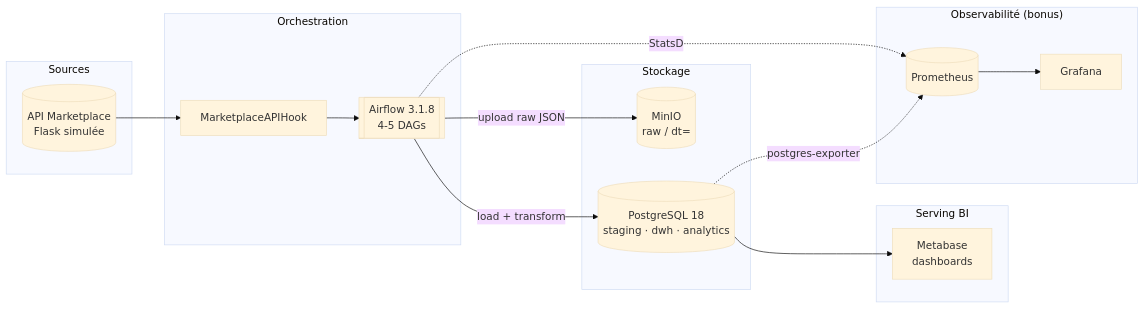
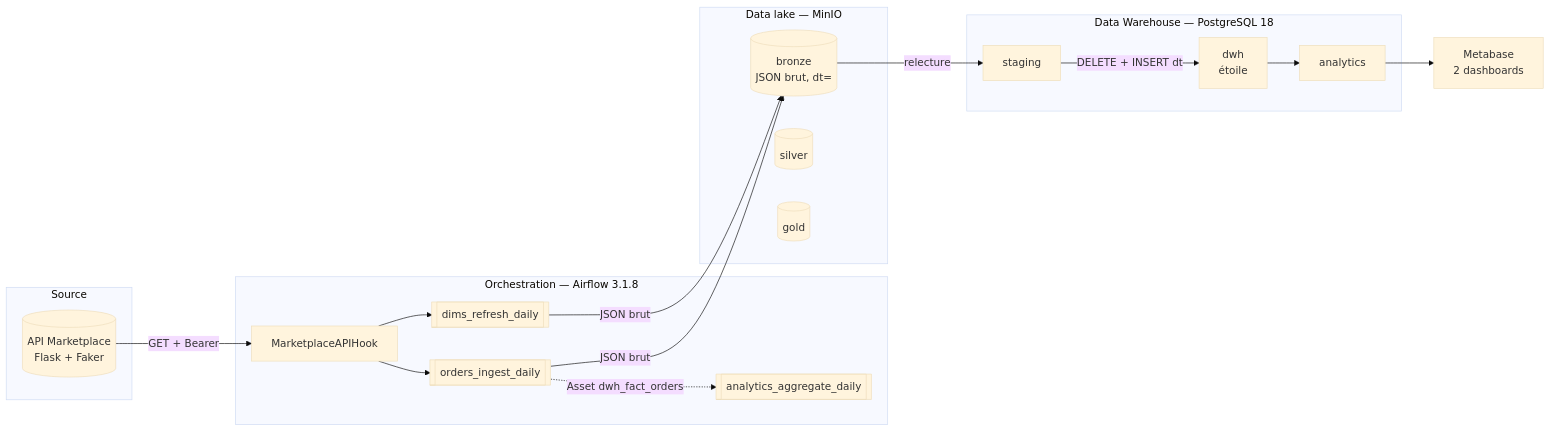
Before and after one commit to Nassim-Bzr/MarketPlace_Analytics: the first of 4 diagrams in README.md, drawn with Mermaid (base theme). The commit also changed other lines of this file and 26 other files, not shown here.

Commit message:
feat: MVP pipeline ELT + DWH + dashboards Metabase

````diff
--- a/README.md
+++ b/README.md
@@ -102,33 +60,36 @@
 ```mermaid
 flowchart LR
-    subgraph SRC["Sources"]
-        API[("API Marketplace<br/>Flask simulée")]
+    subgraph SRC["Source"]
+        API[("API Marketplace<br/>Flask + Faker")]
     end
 
-    subgraph ORCH["Orchestration"]
+    subgraph ORCH["Orchestration — Airflow 3.1.8"]
         HOOK["MarketplaceAPIHook"]
-        AF[["Airflow 3.1.8<br/>4-5 DAGs"]]
+        D1[["orders_ingest_daily"]]
+        D0[["dims_refresh_daily"]]
+        D2[["analytics_aggregate_daily"]]
     end
 
-    subgraph STORE["Stockage"]
-        MINIO[("MinIO<br/>raw / dt=")]
-        PG[("PostgreSQL 18<br/>staging · dwh · analytics")]
+    subgraph LAKE["Data lake — MinIO"]
+        BRONZE[("bronze<br/>JSON brut, dt=")]
+        SILVER[("silver")]
+        GOLD[("gold")]
     end
 
-    subgraph SERV["Serving BI"]
-        MB["Metabase<br/>dashboards"]
+    subgraph DWH["Data Warehouse — PostgreSQL 18"]
+        STG["staging"]
+        STAR["dwh<br/>étoile"]
+        ANA["analytics"]
     end
 
-    subgraph OBS["Observabilité (bonus)"]
-        PROM[("Prometheus")]
-        GRAF["Grafana"]
-    end
+    MB["Metabase<br/>2 dashboards"]
 
-    API --> HOOK --> AF
-    AF -- "upload raw JSON" --> MINIO
-    AF -- "load + transform" --> PG
-    PG --> MB
-    AF -. "StatsD" .-> PROM
-    PG -. "postgres-exporter" .-> PROM
-    PROM --> GRAF
+    API -- "GET + Bearer" --> HOOK
+    HOOK --> D0 & D1
+    D0 & D1 -- "JSON brut" --> BRONZE
+    BRONZE -- "relecture" --> STG
+    STG -- "DELETE + INSERT dt" --> STAR
+    D1 -. "Asset dwh_fact_orders" .-> D2
+    STAR --> ANA
+    ANA --> MB
 ```
````
